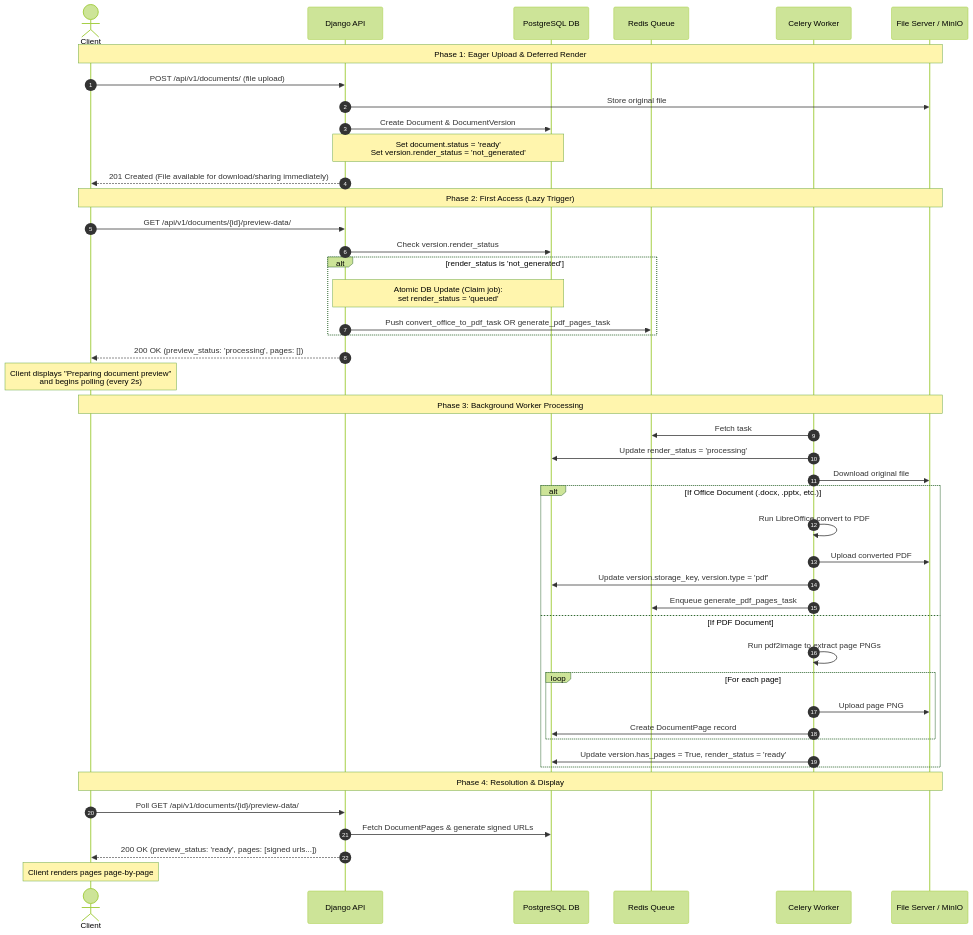
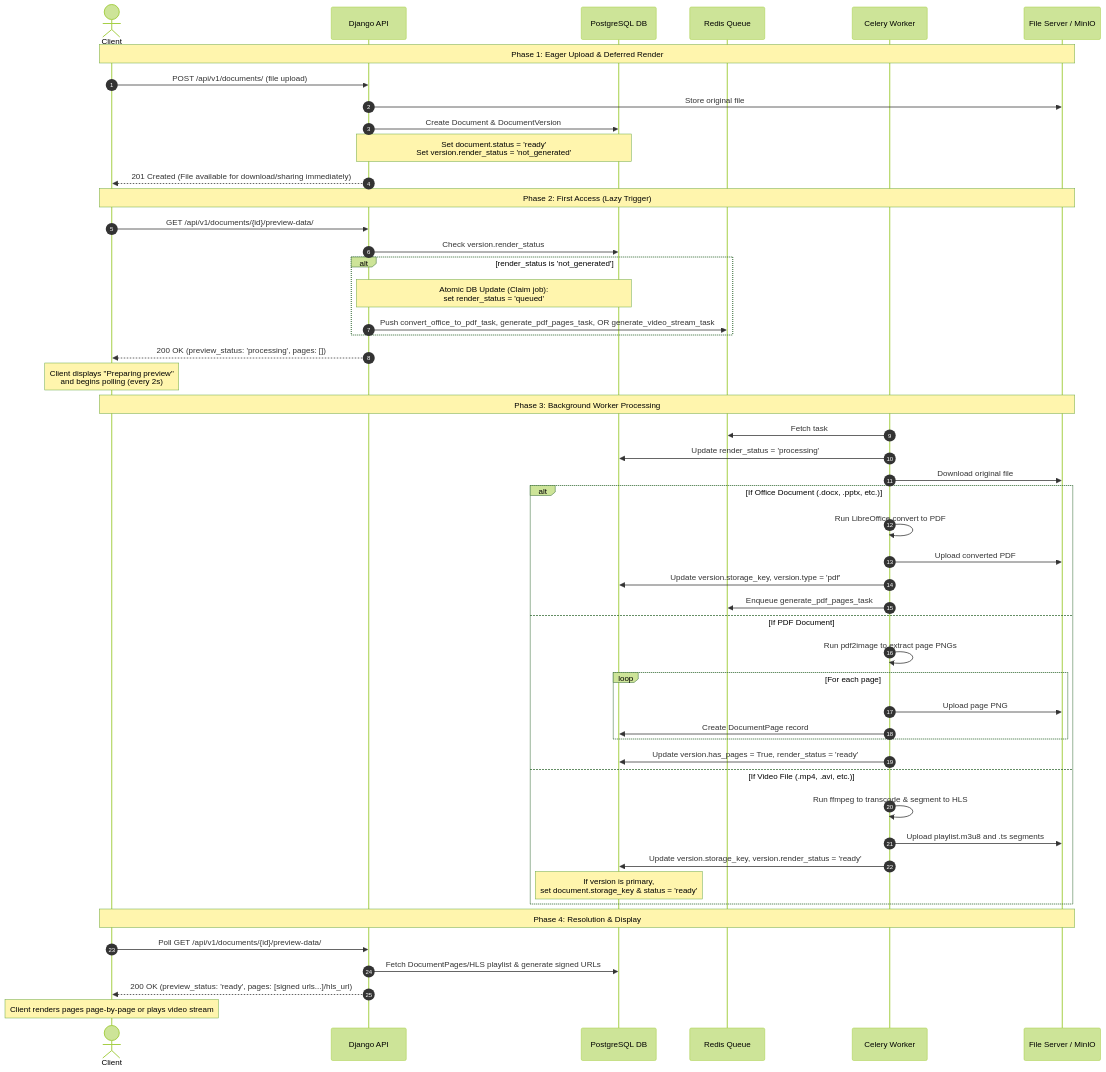
One commit to coneshare/coneshare changed the diagram in docs/features/document_preview_and_watermarking_deep_dive.md. Above: the diagram before and after it, drawn with Mermaid (forest theme). The commit also changed other lines of this file and 3 other files, not shown here.

````diff
--- a/docs/features/document_preview_and_watermarking_deep_dive.md
+++ b/docs/features/document_preview_and_watermarking_deep_dive.md
@@ -15,52 +15,57 @@
 ```mermaid
 sequenceDiagram
     autonumber
     actor Client
     participant API as Django API
     participant DB as PostgreSQL DB
     participant Queue as Redis Queue
     participant Worker as Celery Worker
     participant Storage as File Server / MinIO
 
     Note over Client, Storage: Phase 1: Eager Upload & Deferred Render
     Client->>API: POST /api/v1/documents/ (file upload)
     API->>Storage: Store original file
     API->>DB: Create Document & DocumentVersion
     Note over API, DB: Set document.status = 'ready'<br/>Set version.render_status = 'not_generated'
     API-->>Client: 201 Created (File available for download/sharing immediately)
 
     Note over Client, Storage: Phase 2: First Access (Lazy Trigger)
     Client->>API: GET /api/v1/documents/{id}/preview-data/
     API->>DB: Check version.render_status
     alt render_status is 'not_generated'
         Note over API, DB: Atomic DB Update (Claim job):<br/>set render_status = 'queued'
-        API->>Queue: Push convert_office_to_pdf_task OR generate_pdf_pages_task
+        API->>Queue: Push convert_office_to_pdf_task, generate_pdf_pages_task, OR generate_video_stream_task
     end
     API-->>Client: 200 OK (preview_status: 'processing', pages: [])
-    Note over Client: Client displays "Preparing document preview"<br/>and begins polling (every 2s)
+    Note over Client: Client displays "Preparing preview"<br/>and begins polling (every 2s)
 
     Note over Client, Storage: Phase 3: Background Worker Processing
     Worker->>Queue: Fetch task
     Worker->>DB: Update render_status = 'processing'
     Worker->>Storage: Download original file
     
     alt If Office Document (.docx, .pptx, etc.)
         Worker->>Worker: Run LibreOffice convert to PDF
         Worker->>Storage: Upload converted PDF
         Worker->>DB: Update version.storage_key, version.type = 'pdf'
         Worker->>Queue: Enqueue generate_pdf_pages_task
     else If PDF Document
         Worker->>Worker: Run pdf2image to extract page PNGs
         loop For each page
             Worker->>Storage: Upload page PNG
             Worker->>DB: Create DocumentPage record
         end
         Worker->>DB: Update version.has_pages = True, render_status = 'ready'
+    else If Video File (.mp4, .avi, etc.)
+        Worker->>Worker: Run ffmpeg to transcode & segment to HLS
+        Worker->>Storage: Upload playlist.m3u8 and .ts segments
+        Worker->>DB: Update version.storage_key, version.render_status = 'ready'
+        Note over DB: If version is primary,<br/>set document.storage_key & status = 'ready'
     end
 
     Note over Client, Storage: Phase 4: Resolution & Display
     Client->>API: Poll GET /api/v1/documents/{id}/preview-data/
-    API->>DB: Fetch DocumentPages & generate signed URLs
-    API-->>Client: 200 OK (preview_status: 'ready', pages: [signed urls...])
-    Note over Client: Client renders pages page-by-page
+    API->>DB: Fetch DocumentPages/HLS playlist & generate signed URLs
+    API-->>Client: 200 OK (preview_status: 'ready', pages: [signed urls...]/hls_url)
+    Note over Client: Client renders pages page-by-page or plays video stream
 ```
````
